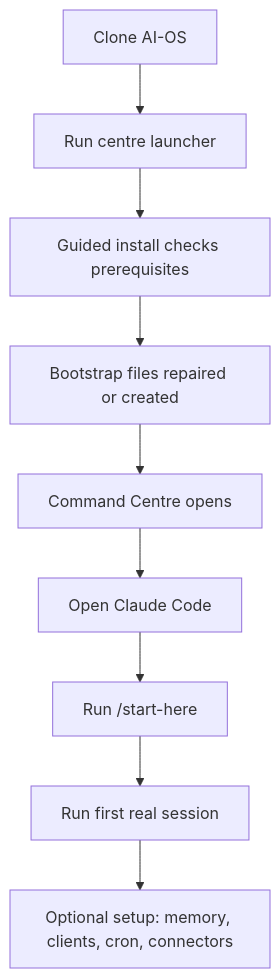
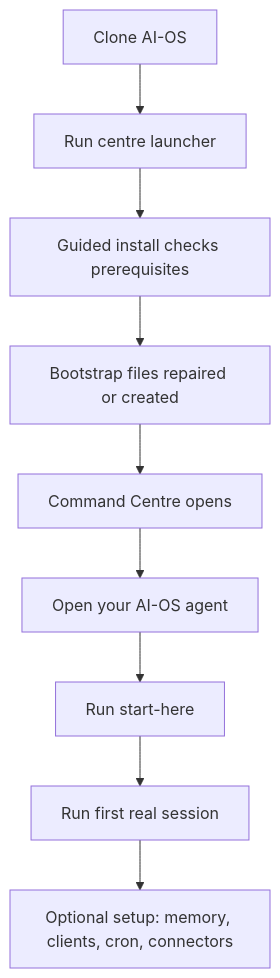
One commit to camrontaylor/AI-OS-Template changed the diagram in docs/install-and-setup.md. Above: the diagram before and after it, drawn with Mermaid. The commit also changed other lines of this file and 16 other files, not shown here.

Commit message:
Make start-here onboarding a core skill

````diff
--- a/docs/install-and-setup.md
+++ b/docs/install-and-setup.md
@@ -8,11 +8,11 @@
 ```mermaid
 flowchart TD
   A["Clone AI-OS"] --> B["Run centre launcher"]
   B --> C["Guided install checks prerequisites"]
   C --> D["Bootstrap files repaired or created"]
   D --> E["Command Centre opens"]
-  E --> F["Open Claude Code"]
-  F --> G["Run /start-here"]
+  E --> F["Open your AI-OS agent"]
+  F --> G["Run start-here"]
   G --> H["Run first real session"]
   H --> I["Optional setup: memory, clients, cron, connectors"]
 ```
````
